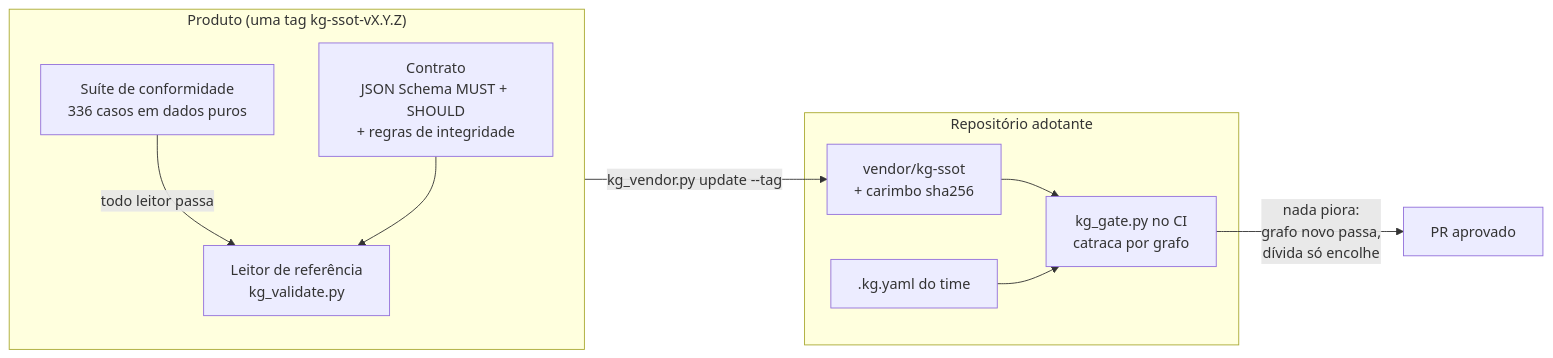
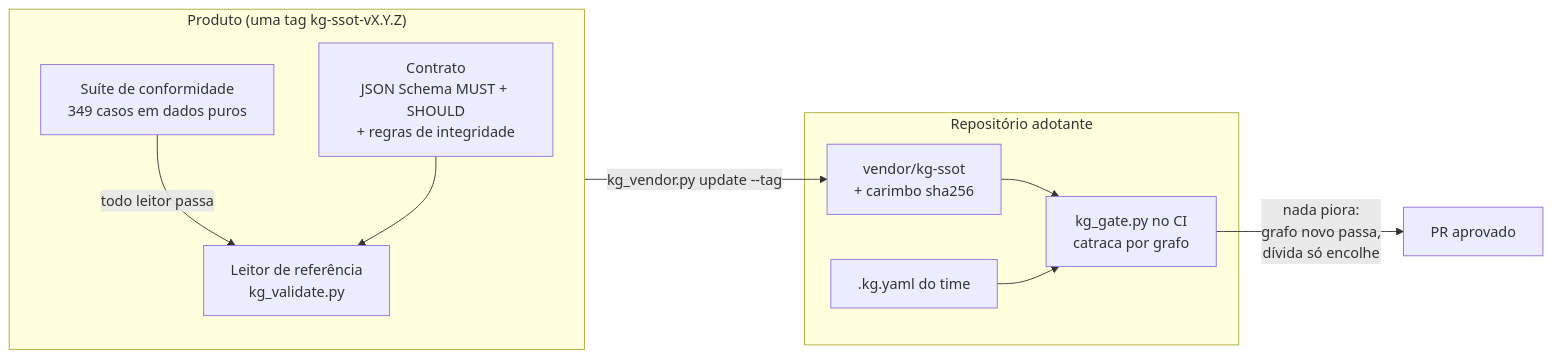
Before and after one commit to marciocar/kg-ssot: the diagram in README.md, drawn with Mermaid. The commit also changed other lines of this file and 26 other files, not shown here.

````diff
--- a/README.md
+++ b/README.md
@@ -90,19 +90,19 @@
 ```mermaid
 flowchart LR
   subgraph produto["Produto (uma tag kg-ssot-vX.Y.Z)"]
     C["Contrato<br/>JSON Schema MUST + SHOULD<br/>+ regras de integridade"]
-    S["Suíte de conformidade<br/>336 casos em dados puros"]
+    S["Suíte de conformidade<br/>349 casos em dados puros"]
     R["Leitor de referência<br/>kg_validate.py"]
     S -- "todo leitor passa" --> R
     C --> R
   end
   subgraph adotante["Repositório adotante"]
     V["vendor/kg-ssot<br/>+ carimbo sha256"]
     G["kg_gate.py no CI<br/>catraca por grafo"]
     K[".kg.yaml do time"]
     V --> G
     K --> G
   end
   produto -- "kg_vendor.py update --tag" --> V
   G -- "nada piora:<br/>grafo novo passa,<br/>dívida só encolhe" --> PR["PR aprovado"]
 ```
````
